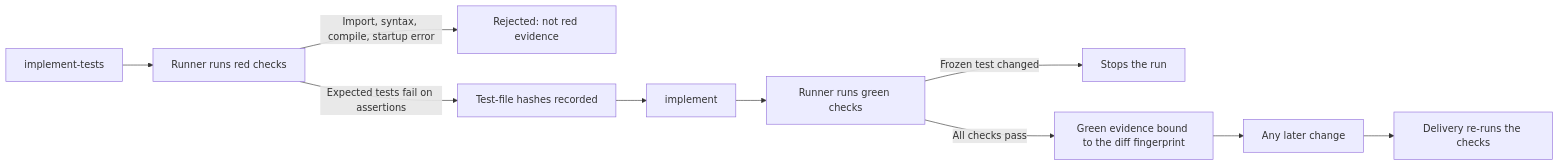
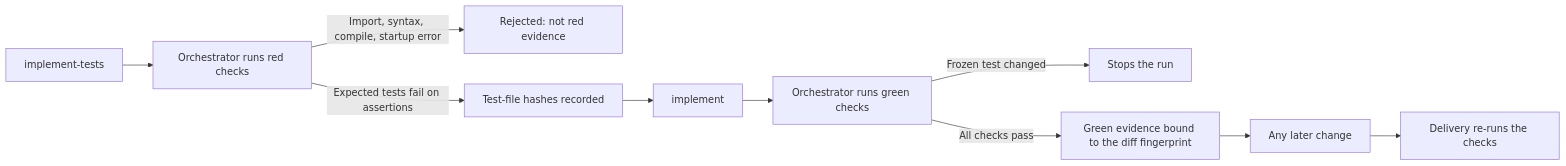
The diagram in docs-data/diagrams/evidence-flow.mmd (MarkoArsov/agent-workflow), drawn with Mermaid before and after one commit. The commit also changed 45 other files, not shown here.

```diff
--- a/docs-data/diagrams/evidence-flow.mmd
+++ b/docs-data/diagrams/evidence-flow.mmd
@@ -1,11 +1,11 @@
 %% Red -> frozen -> green evidence flow. Rendered by hand as evidence-flow.html.
 flowchart LR
-    A[implement-tests] --> B[Runner runs red checks]
+    A[implement-tests] --> B[Orchestrator runs red checks]
     B -->|Import, syntax, compile, startup error| X[Rejected: not red evidence]
     B -->|Expected tests fail on assertions| C[Test-file hashes recorded]
     C --> D[implement]
-    D --> E[Runner runs green checks]
+    D --> E[Orchestrator runs green checks]
     E -->|Frozen test changed| Y[Stops the run]
     E -->|All checks pass| F[Green evidence bound to the diff fingerprint]
     F --> G[Any later change]
     G --> H[Delivery re-runs the checks]
```
